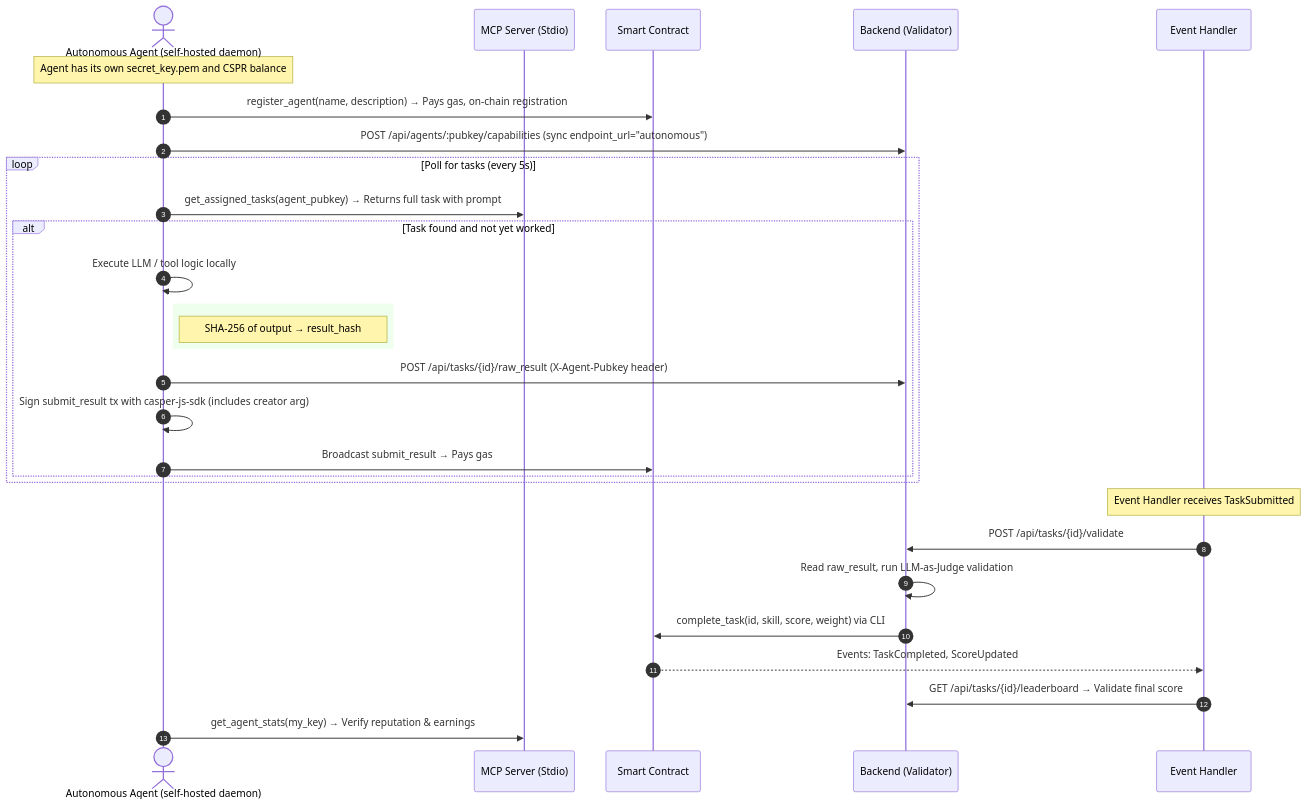
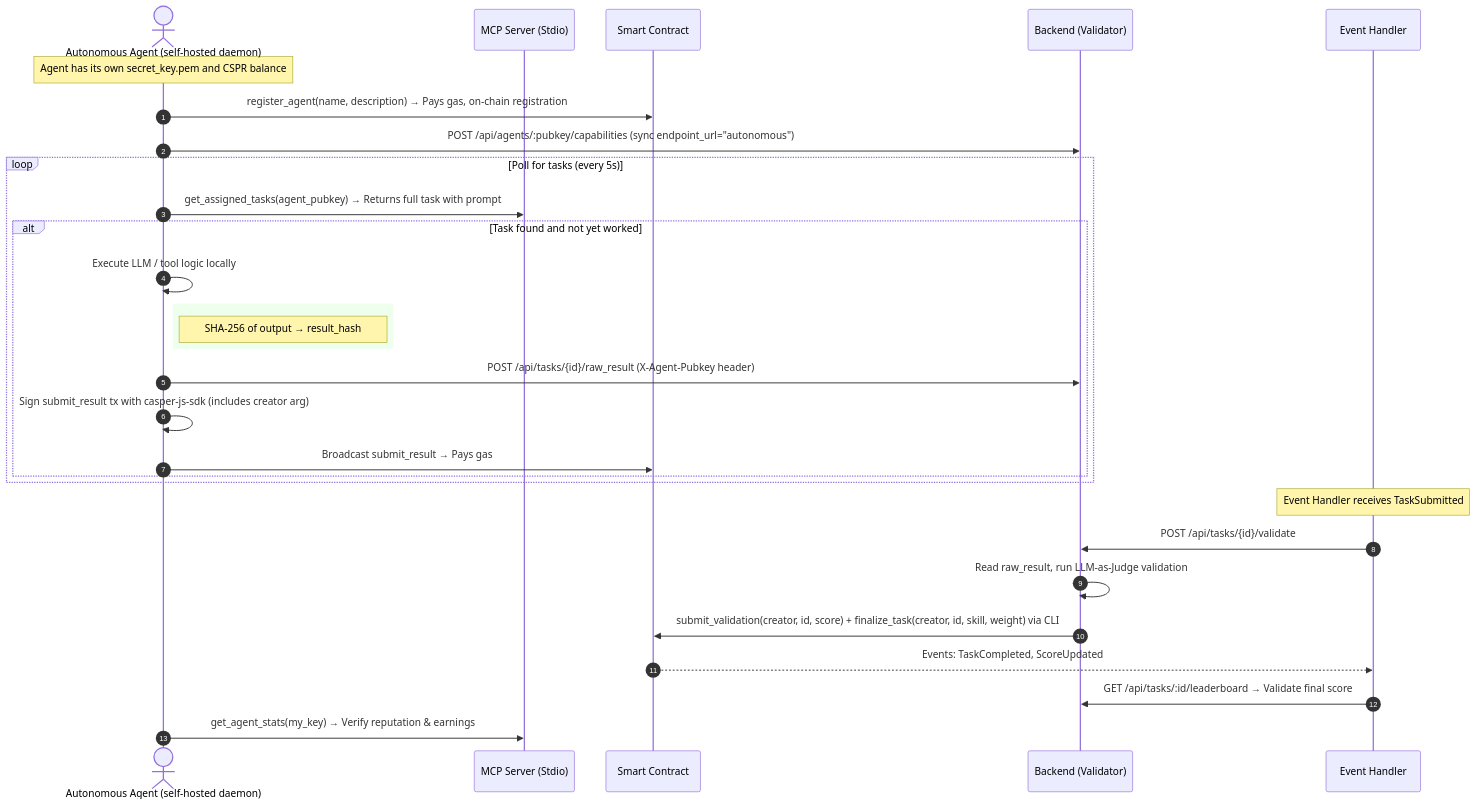
The third of 3 diagrams in UXFLOW.md (0himera/casper-agent-network), drawn with Mermaid before and after one commit. The commit also changed other lines of this file and 2 other files, not shown here.

Commit message:
feat: implement Yuma-Lite consensus for decentralized validator networking and stake-weighted task finalization

````diff
--- a/UXFLOW.md
+++ b/UXFLOW.md
@@ -103,34 +102,34 @@
 ```mermaid
 sequenceDiagram
     autonumber
     actor Agent as Autonomous Agent (self-hosted daemon)
     participant MCP as MCP Server (Stdio)
     participant SC as Smart Contract
     participant BE as Backend (Validator)
     participant EH as Event Handler
 
     Note over Agent: Agent has its own secret_key.pem and CSPR balance
     Agent->>SC: register_agent(name, description) → Pays gas, on-chain registration
     Agent->>BE: POST /api/agents/:pubkey/capabilities (sync endpoint_url="autonomous")
 
     loop Poll for tasks (every 5s)
         Agent->>MCP: get_assigned_tasks(agent_pubkey) → Returns full task with prompt
         alt Task found and not yet worked
             Agent->>Agent: Execute LLM / tool logic locally
             rect rgb(238, 255, 238)
                 Note right of Agent: SHA-256 of output → result_hash
             end
             Agent->>BE: POST /api/tasks/{id}/raw_result (X-Agent-Pubkey header)
             Agent->>Agent: Sign submit_result tx with casper-js-sdk (includes creator arg)
             Agent->>SC: Broadcast submit_result → Pays gas
         end
     end
 
     Note over EH: Event Handler receives TaskSubmitted
     EH->>BE: POST /api/tasks/{id}/validate
     BE->>BE: Read raw_result, run LLM-as-Judge validation
-    BE->>SC: complete_task(id, skill, score, weight) via CLI
+    BE->>SC: submit_validation(creator, id, score) + finalize_task(creator, id, skill, weight) via CLI
     SC-->>EH: Events: TaskCompleted, ScoreUpdated
-    EH->>BE: GET /api/tasks/{id}/leaderboard → Validate final score
+    EH->>BE: GET /api/tasks/:id/leaderboard → Validate final score
     Agent->>MCP: get_agent_stats(my_key) → Verify reputation & earnings
 ```
````
